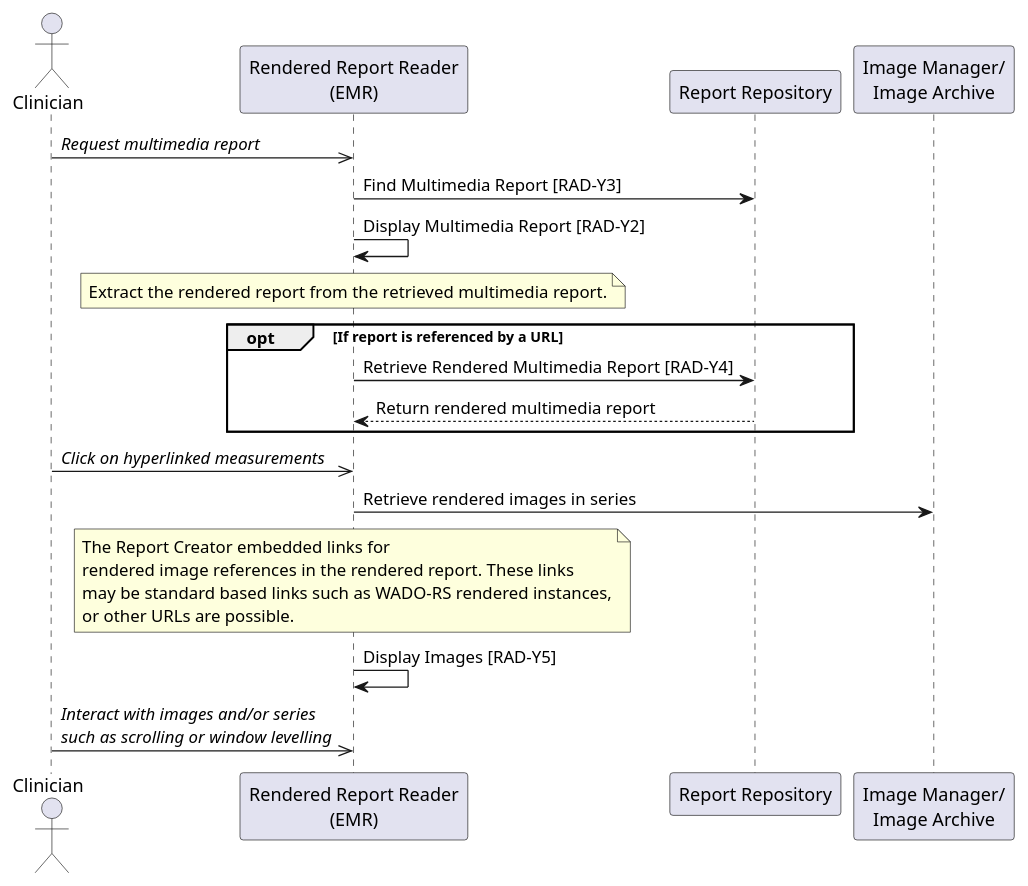
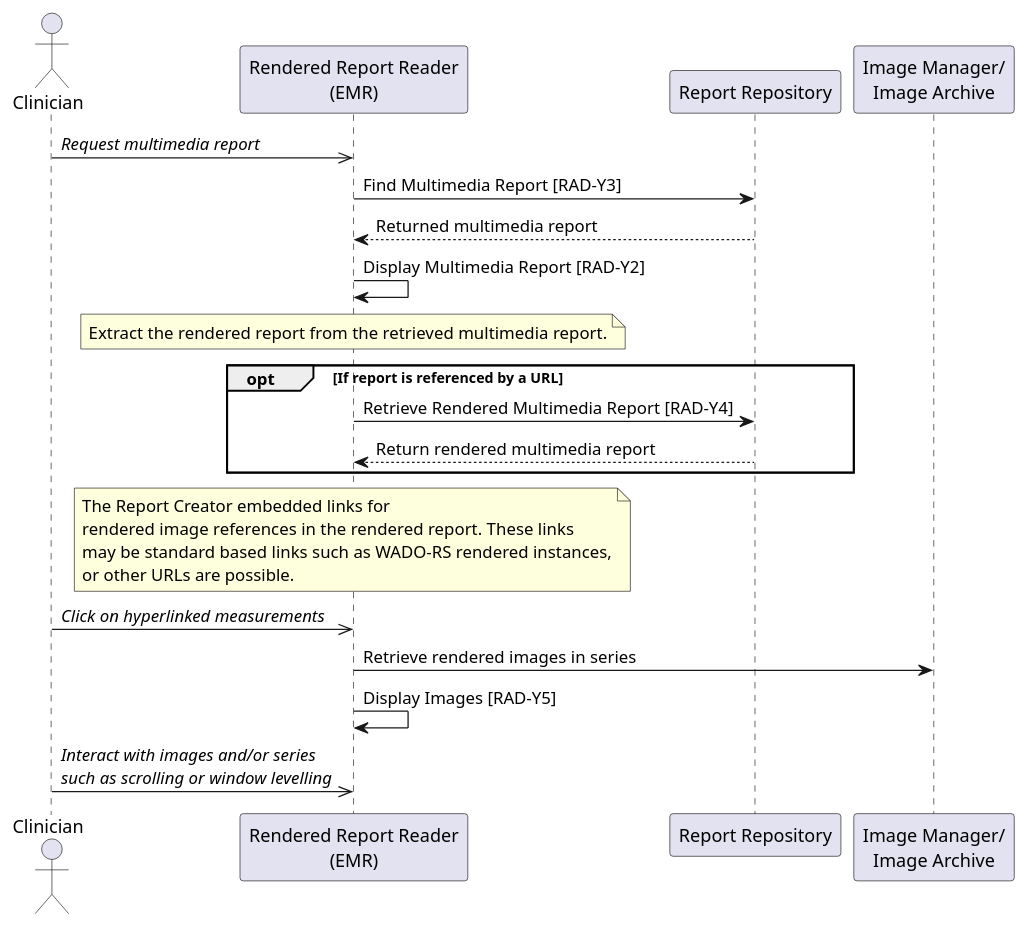
One commit to IHE/RAD.IMR changed the diagram in input/images-source/uc3-presenting-interactive-report-presentedform.plantuml. Above: the diagram before and after it, drawn with PlantUML.

Commit message:
Updated diagram based on public comments.

```diff
--- a/input/images-source/uc3-presenting-interactive-report-presentedform.plantuml
+++ b/input/images-source/uc3-presenting-interactive-report-presentedform.plantuml
@@ -1,36 +1,37 @@
 @startuml
 
 actor Clinician as Clinician
 
 participant "Rendered Report Reader\n(EMR)" as EMR
 participant "Report Repository" as Repo
 
 participant "Image Manager/\nImage Archive" as Archive
 
 Clinician->>EMR: //Request multimedia report//
 
 EMR->Repo: Find Multimedia Report [RAD-Y3]
+Repo-->EMR: Returned multimedia report
 EMR->EMR: Display Multimedia Report [RAD-Y2]
 note over EMR
 Extract the rendered report from the retrieved multimedia report.
 end note
 
 opt If report is referenced by a URL
 EMR->Repo: Retrieve Rendered Multimedia Report [RAD-Y4]
 Repo-->EMR: Return rendered multimedia report
 end
 
-Clinician->>EMR: //Click on hyperlinked measurements//
-
-EMR->Archive: Retrieve rendered images in series
 note over EMR
 The Report Creator embedded links for
 rendered image references in the rendered report. These links
 may be standard based links such as WADO-RS rendered instances,
 or other URLs are possible.
 end note
+Clinician->>EMR: //Click on hyperlinked measurements//
+
+EMR->Archive: Retrieve rendered images in series
 EMR->EMR: Display Images [RAD-Y5]
 
 Clinician->>EMR: //Interact with images and/or series//\n//such as scrolling or window levelling//
 
 @enduml
```
